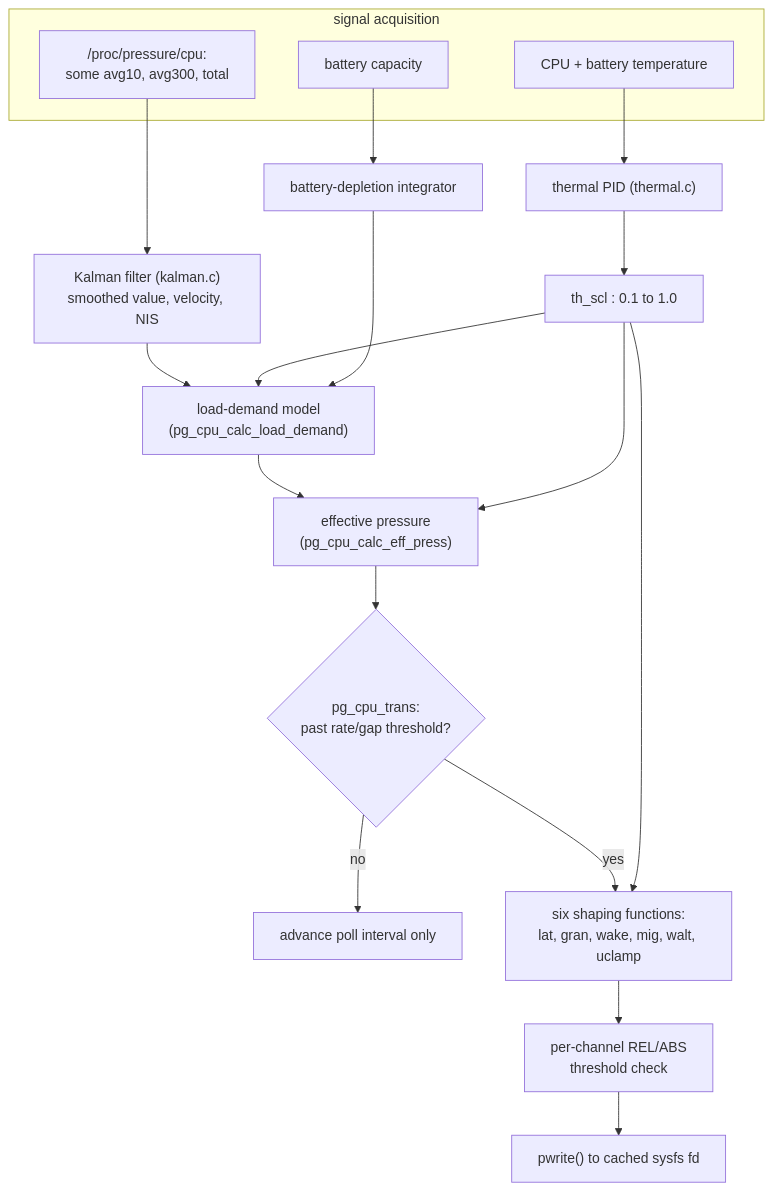
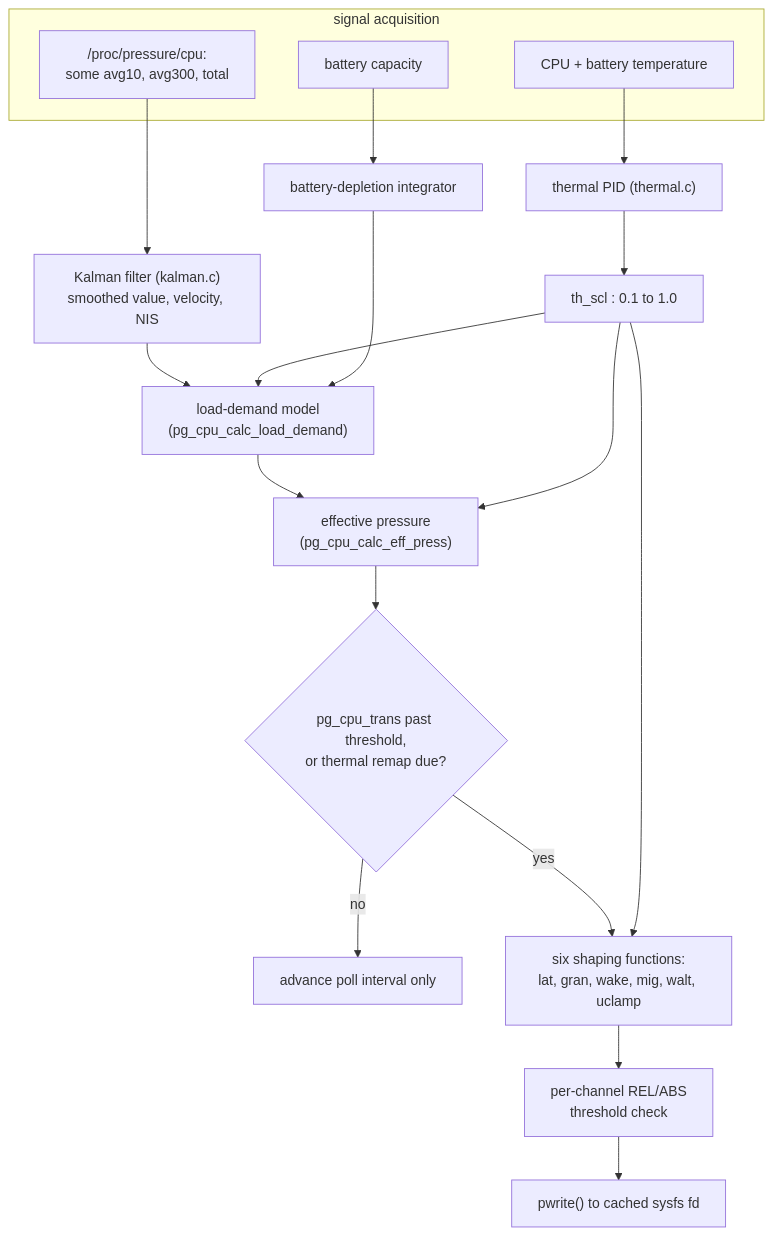
Before and after one commit to seclususs/pgov: the fourth of 5 diagrams in docs/ARCHITECTURE.md, drawn with Mermaid. The commit also changed other lines of this file, not shown here.

Commit message:
Formalize technical details in architecture doc

````diff
--- a/docs/ARCHITECTURE.md
+++ b/docs/ARCHITECTURE.md
@@ -561,28 +413,28 @@
 ```mermaid
 flowchart TD
     subgraph INPUT["signal acquisition"]
         PSI["/proc/pressure/cpu:<br/>some avg10, avg300, total"]
         TEMP["CPU + battery temperature"]
         BAT["battery capacity"]
     end
 
     PSI --> KAL["Kalman filter (kalman.c)<br/>smoothed value, velocity, NIS"]
     TEMP --> PID["thermal PID (thermal.c)"]
     PID --> SCL["th_scl : 0.1 to 1.0"]
     BAT --> INTG["battery-depletion integrator"]
 
     KAL --> LDM["load-demand model<br/>(pg_cpu_calc_load_demand)"]
     SCL --> LDM
     INTG --> LDM
 
     LDM --> EP["effective pressure<br/>(pg_cpu_calc_eff_press)"]
     SCL --> EP
 
-    EP --> GATE{"pg_cpu_trans:<br/>past rate/gap threshold?"}
+    EP --> GATE{"pg_cpu_trans past threshold,<br/>or thermal remap due?"}
     GATE -- no --> NEXT["advance poll interval only"]
     GATE -- yes --> SHAPE["six shaping functions:<br/>lat, gran, wake, mig, walt, uclamp"]
     SCL --> SHAPE
 
     SHAPE --> DEBOUNCE["per-channel REL/ABS<br/>threshold check"]
     DEBOUNCE --> WRITE["pwrite() to cached sysfs fd"]
 ```
````
